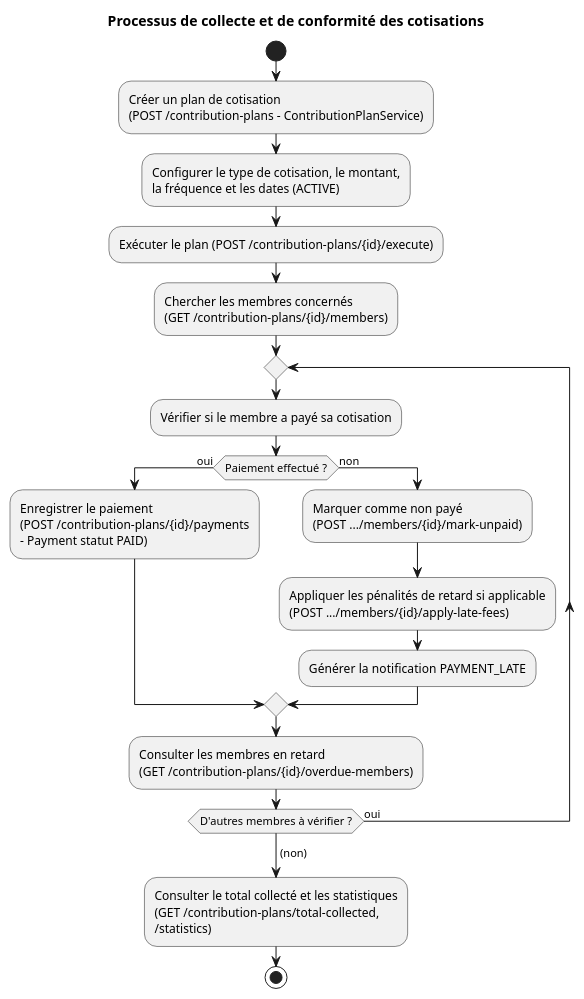
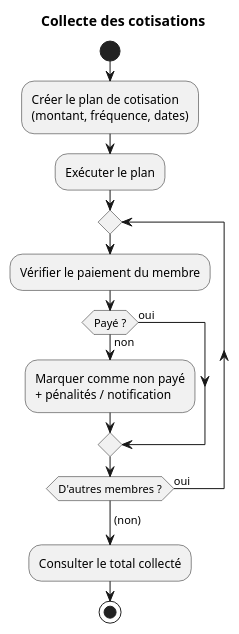
The diagram in puml/figure12_processus_collecte_cotisations.puml (louvinx/sysgeca_documentation), drawn with PlantUML before and after one commit. The commit also changed 12 other files, not shown here.

```diff
--- a/puml/figure12_processus_collecte_cotisations.puml
+++ b/puml/figure12_processus_collecte_cotisations.puml
@@ -1,33 +1,19 @@
 @startuml
-title Processus de collecte et de conformité des cotisations
+title Collecte des cotisations
 
 skinparam shadowing false
 
 start
-:Créer un plan de cotisation\n(POST /contribution-plans - ContributionPlanService);
-
-:Configurer le type de cotisation, le montant,\nla fréquence et les dates (ACTIVE);
-
-:Exécuter le plan (POST /contribution-plans/{id}/execute);
-
-:Chercher les membres concernés\n(GET /contribution-plans/{id}/members);
-
+:Créer le plan de cotisation\n(montant, fréquence, dates);
+:Exécuter le plan;
 repeat
-  :Vérifier si le membre a payé sa cotisation;
-
-  if (Paiement effectué ?) then (oui)
-    :Enregistrer le paiement\n(POST /contribution-plans/{id}/payments\n- Payment statut PAID);
-  else (non)
-    :Marquer comme non payé\n(POST .../members/{id}/mark-unpaid);
-    :Appliquer les pénalités de retard si applicable\n(POST .../members/{id}/apply-late-fees);
-    :Générer la notification PAYMENT_LATE;
+  :Vérifier le paiement du membre;
+  if (Payé ?) then (non)
+    :Marquer comme non payé\n+ pénalités / notification;
+  else (oui)
   endif
-
-  :Consulter les membres en retard\n(GET /contribution-plans/{id}/overdue-members);
-repeat while (D'autres membres à vérifier ?) is (oui)
+repeat while (D'autres membres ?) is (oui)
 -> (non);
-
-:Consulter le total collecté et les statistiques\n(GET /contribution-plans/total-collected,\n/statistics);
-
+:Consulter le total collecté;
 stop
 @enduml
```
